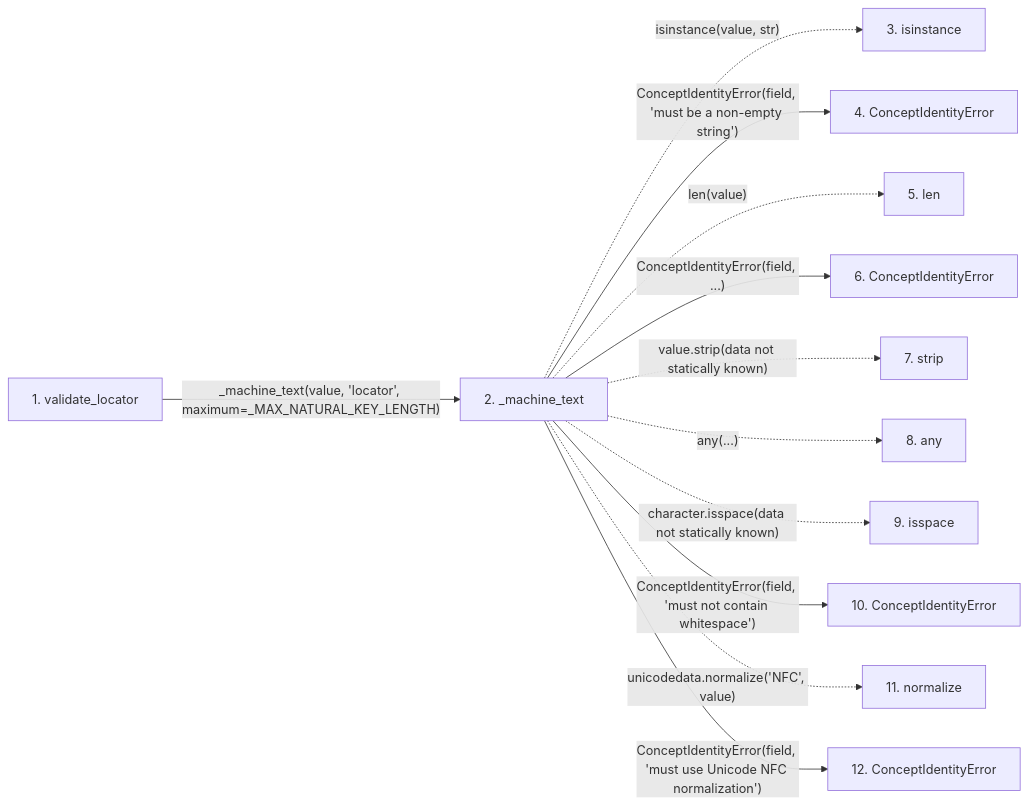
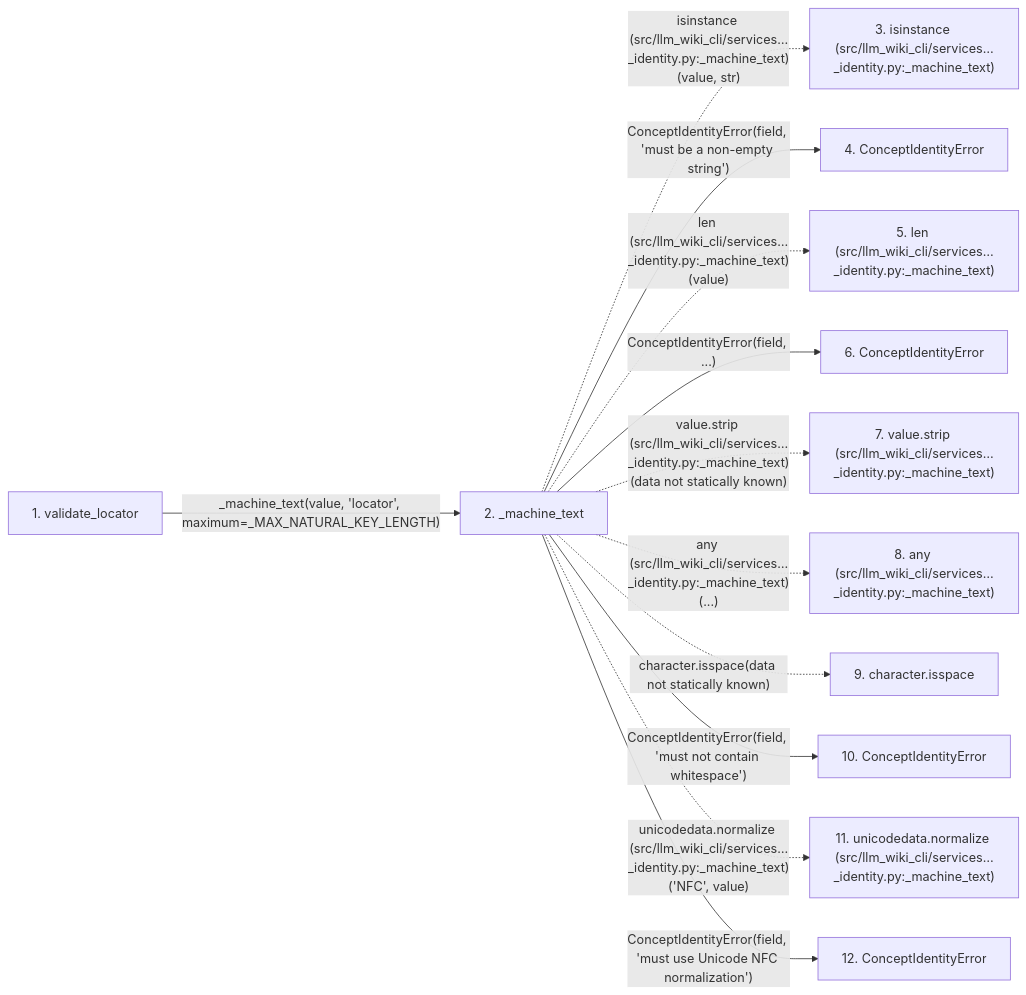
Before and after one commit to Denissvgn/python-wiki-llm: the second of 2 diagrams in docs/llm_wiki/flows/api-validate_locator.md, drawn with Mermaid. The commit also changed other lines of this file and 719 other files, not shown here.

````diff
--- a/docs/llm_wiki/flows/api-validate_locator.md
+++ b/docs/llm_wiki/flows/api-validate_locator.md
@@ -67,32 +71,32 @@
 ```mermaid
 flowchart LR
     s1["1. validate_locator"]
     s2["2. _machine_text"]
-    s3["3. isinstance"]
+    s3["3. isinstance (src/llm_wiki_cli/services…_identity.py:_machine_text)"]
     s4["4. ConceptIdentityError"]
-    s5["5. len"]
+    s5["5. len (src/llm_wiki_cli/services…_identity.py:_machine_text)"]
     s6["6. ConceptIdentityError"]
-    s7["7. strip"]
-    s8["8. any"]
-    s9["9. isspace"]
+    s7["7. value.strip (src/llm_wiki_cli/services…_identity.py:_machine_text)"]
+    s8["8. any (src/llm_wiki_cli/services…_identity.py:_machine_text)"]
+    s9["9. character.isspace"]
     s10["10. ConceptIdentityError"]
-    s11["11. normalize"]
+    s11["11. unicodedata.normalize (src/llm_wiki_cli/services…_identity.py:_machine_text)"]
     s12["12. ConceptIdentityError"]
     s1 -->|"_machine_text(value, 'locator', maximum=_MAX_NATURAL_KEY_LENGTH)"| s2
-    s2 -. "isinstance(value, str)" .-> s3
+    s2 -. "isinstance (src/llm_wiki_cli/services…_identity.py:_machine_text)(value, str)" .-> s3
     s2 -->|"ConceptIdentityError(field, 'must be a non-empty string')"| s4
-    s2 -. "len(value)" .-> s5
+    s2 -. "len (src/llm_wiki_cli/services…_identity.py:_machine_text)(value)" .-> s5
     s2 -->|"ConceptIdentityError(field, ...)"| s6
-    s2 -. "value.strip(data not statically known)" .-> s7
-    s2 -. "any(...)" .-> s8
+    s2 -. "value.strip (src/llm_wiki_cli/services…_identity.py:_machine_text)(data not statically known)" .-> s7
+    s2 -. "any (src/llm_wiki_cli/services…_identity.py:_machine_text)(...)" .-> s8
     s2 -. "character.isspace(data not statically known)" .-> s9
     s2 -->|"ConceptIdentityError(field, 'must not contain whitespace')"| s10
-    s2 -. "unicodedata.normalize('NFC', value)" .-> s11
+    s2 -. "unicodedata.normalize (src/llm_wiki_cli/services…_identity.py:_machine_text)('NFC', value)" .-> s11
     s2 -->|"ConceptIdentityError(field, 'must use Unicode NFC normalization')"| s12
     click s1 "../modules/concept_identity.md"
     click s2 "../modules/concept_identity.md"
     click s4 "../modules/concept_identity.md"
     click s6 "../modules/concept_identity.md"
     click s10 "../modules/concept_identity.md"
     click s12 "../modules/concept_identity.md"
 ```
````
